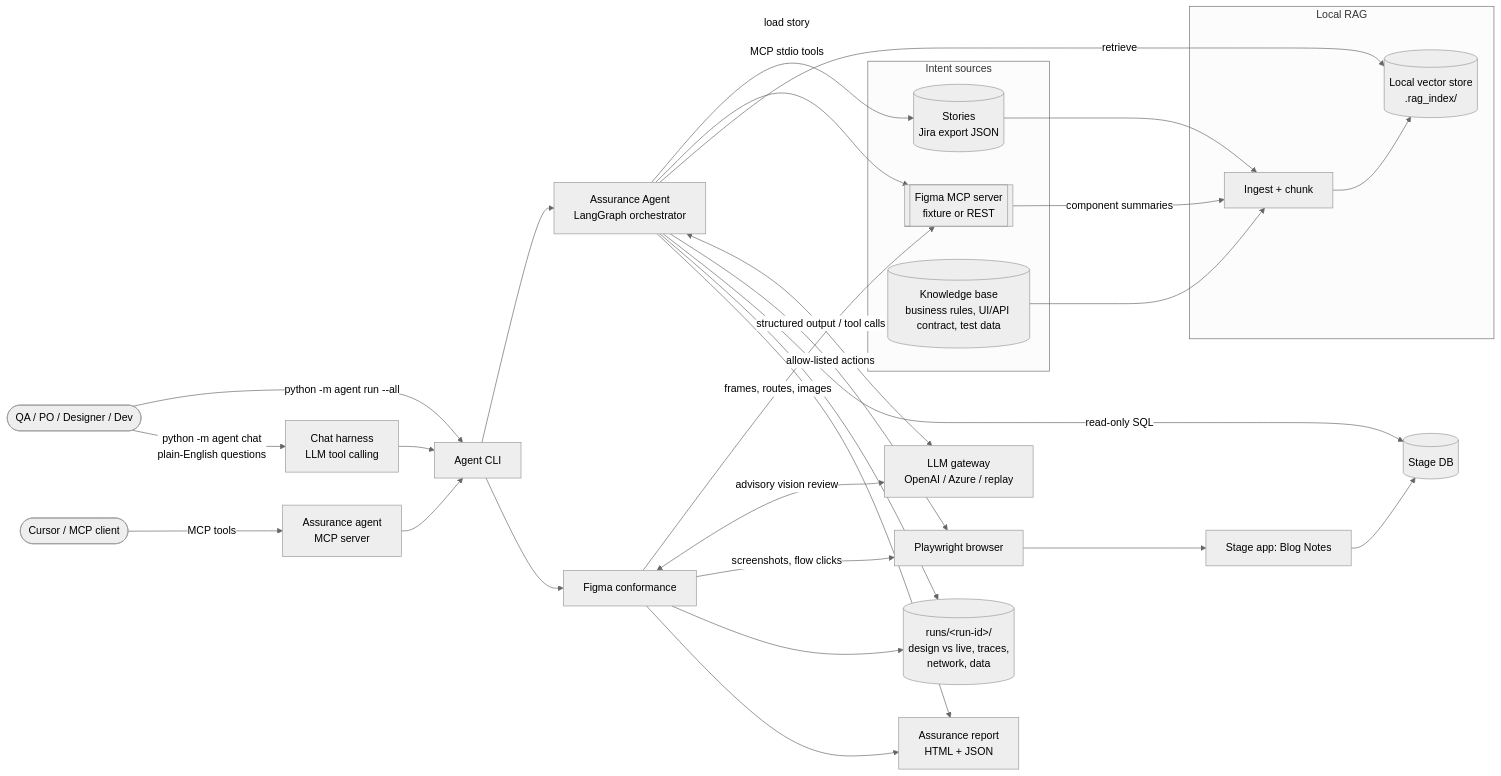
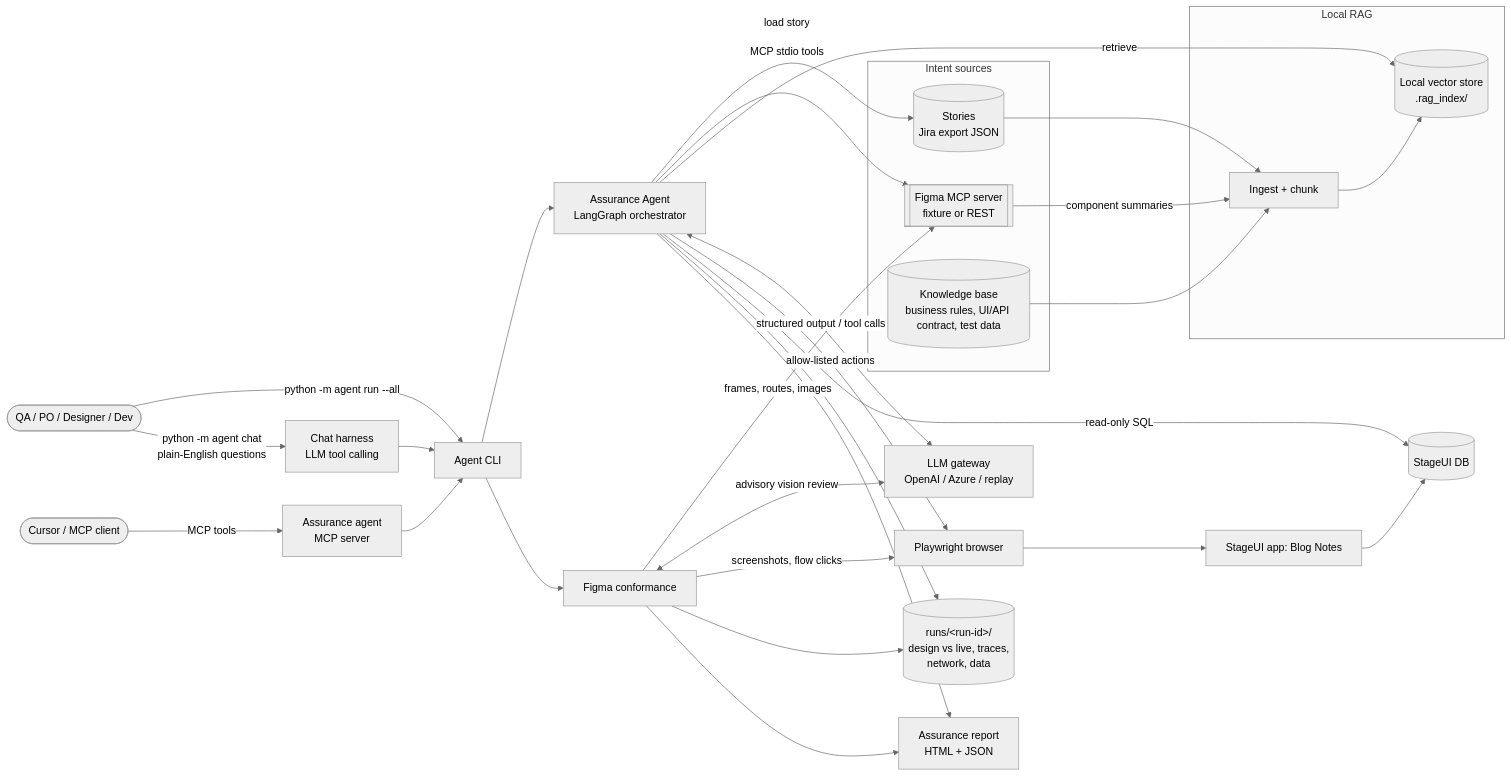
The first of 4 diagrams in docs/architecture/architecture.md (vivekk1010/PRUX-assurance-agent), drawn with Mermaid (neutral theme) before and after one commit. The commit also changed other lines of this file and 40 other files, not shown here.

Commit message:
Rename stage_app to stageui_app and Stage to StageUI; normalize LLM scenario plans

````diff
--- a/docs/architecture/architecture.md
+++ b/docs/architecture/architecture.md
@@ -7,42 +7,42 @@
 ```mermaid
 flowchart LR
     user([QA / PO / Designer / Dev]) -->|"python -m agent run --all"| cli[Agent CLI]
     user -->|"python -m agent chat<br/>plain-English questions"| chat[Chat harness<br/>LLM tool calling]
     chat --> cli
     mcpc([Cursor / MCP client]) -->|MCP tools| amcp[Assurance agent<br/>MCP server]
     amcp --> cli
     cli --> agent[Assurance Agent<br/>LangGraph orchestrator]
     cli --> conf[Figma conformance]
 
     subgraph Intent sources
         jira[(Stories<br/>Jira export JSON)]
         figma[[Figma MCP server<br/>fixture or REST]]
         kb[(Knowledge base<br/>business rules, UI/API contract, test data)]
     end
 
     subgraph Local RAG
         ingest[Ingest + chunk] --> vs[(Local vector store<br/>.rag_index/)]
     end
 
     jira --> ingest
     kb --> ingest
     figma -->|component summaries| ingest
 
     agent -->|load story| jira
     agent -->|MCP stdio tools| figma
     conf -->|frames, routes, images| figma
     agent -->|retrieve| vs
     agent <-->|structured output / tool calls| llm[LLM gateway<br/>OpenAI / Azure / replay]
     conf <-->|advisory vision review| llm
 
     agent -->|allow-listed actions| pw[Playwright browser]
     conf -->|screenshots, flow clicks| pw
-    agent -->|read-only SQL| db[(Stage DB)]
-    pw --> stage[Stage app: Blog Notes]
+    agent -->|read-only SQL| db[(StageUI DB)]
+    pw --> stage[StageUI app: Blog Notes]
     stage --> db
 
     agent --> evidence[(runs/&lt;run-id&gt;/<br/>design vs live, traces,<br/>network, data)]
     conf --> evidence
     agent --> report[Assurance report<br/>HTML + JSON]
     conf --> report
 ```
````
